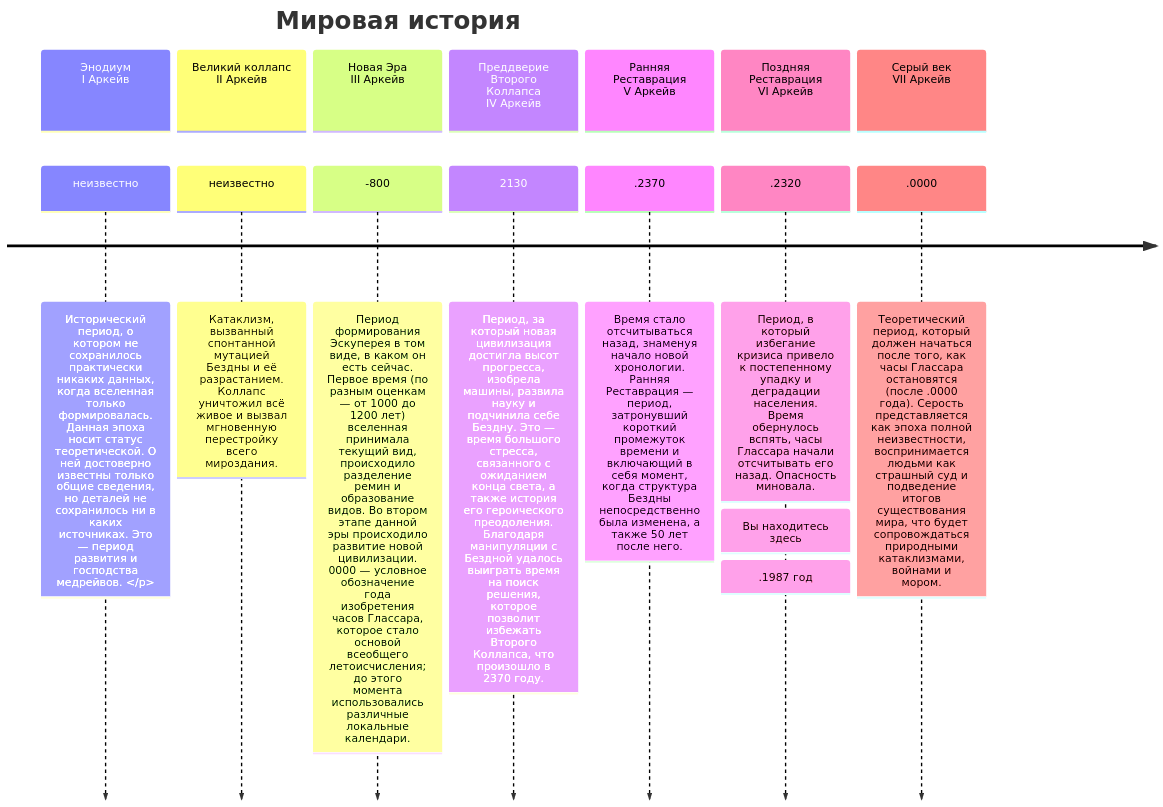
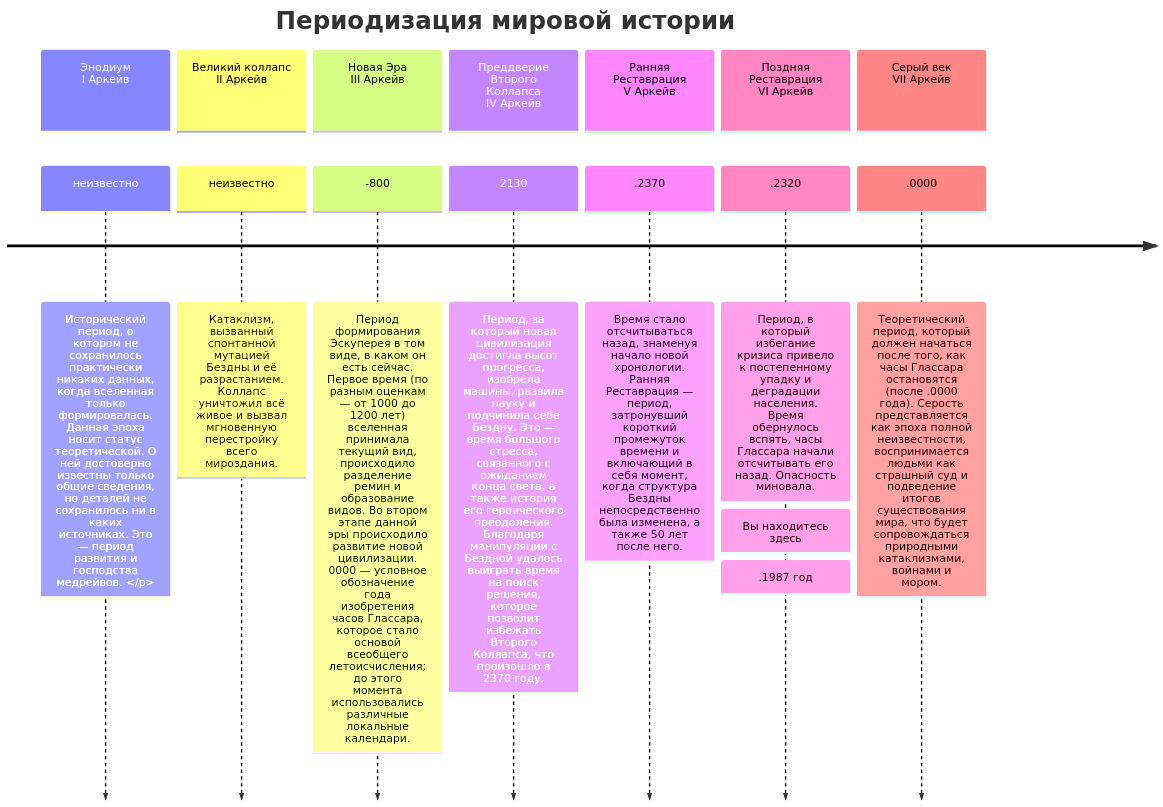
Before and after one commit to Remain-Nameless/Escupereum: the diagram in content/Песочница.md, drawn with Mermaid.

Commit message:
vault backup: 2025-12-18 15:15:37

````diff
--- a/content/Песочница.md
+++ b/content/Песочница.md
@@ -6,24 +6,24 @@
 ```mermaid
 ---
 config:
-theme: 'base' 
+theme: 'forest' 
 timeline: 
 disableMulticolor: true
 ---
 timeline
-    title Мировая история
+    title Периодизация мировой истории
     section Энодиум <br> I Аркейв
         неизвестно : Исторический период, о котором не сохранилось практически никаких данных, когда вселенная только формировалась. Данная эпоха носит статус теоретической. О ней достоверно известны только общие сведения, но деталей не сохранилось ни в каких источниках. Это — период развития и господства медрейвов. </p>
     section Великий коллапс <br> II Аркейв
 	    неизвестно : Катаклизм, вызванный спонтанной мутацией Бездны и её разрастанием. Коллапс уничтожил всё живое и вызвал мгновенную перестройку всего мироздания.
 	section Новая Эра <br> III Аркейв
 		-800 : Период формирования Эскуперея в том виде, в каком он есть сейчас. Первое время (по разным оценкам — от 1000 до 1200 лет) вселенная принимала текущий вид, происходило разделение ремин и образование видов. Во втором этапе данной эры происходило развитие новой цивилизации. 0000 — условное обозначение года изобретения часов Глассара, которое стало основой всеобщего летоисчисления; до этого момента использовались различные локальные календари.
 	section Преддверие Второго Коллапса <br> IV Аркейв
 		2130 : Период, за который новая цивилизация достигла высот прогресса, изобрела машины, развила науку и подчинила себе Бездну. Это — время большого стресса, связанного с ожиданием конца света, а также история его героического преодоления. Благодаря манипуляции с Бездной удалось выиграть время на поиск решения, которое позволит избежать Второго Коллапса, что произошло в 2370 году.
 	section Ранняя Реставрация <br> V Аркейв
 		.2370 : Время стало отсчитываться назад, знаменуя начало новой хронологии. Ранняя Реставрация — период, затронувший короткий промежуток времени и включающий в себя момент, когда структура Бездны непосредственно была изменена, а также 50 лет после него. 
 	section Поздняя Реставрация <br> VI Аркейв
 		.2320 : Период, в который избегание кризиса привело к постепенному упадку и деградации населения. Время обернулось вспять, часы Глассара начали отсчитывать его назад. Опасность миновала. : Вы находитесь здесь : .1987 год
 	section Серый век <br> VII Аркейв
 		.0000 : Теоретический период, который должен начаться после того, как часы Глассара остановятся (после .0000 года). Серость представляется как эпоха полной неизвестности, воспринимается людьми как страшный суд и подведение итогов существования мира, что будет сопровождаться природными катаклизмами, войнами и мором.
 ```
````
